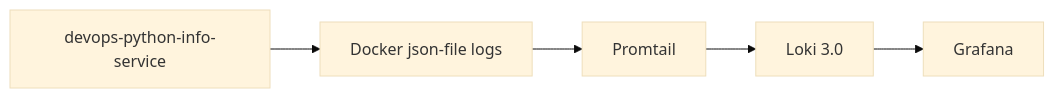
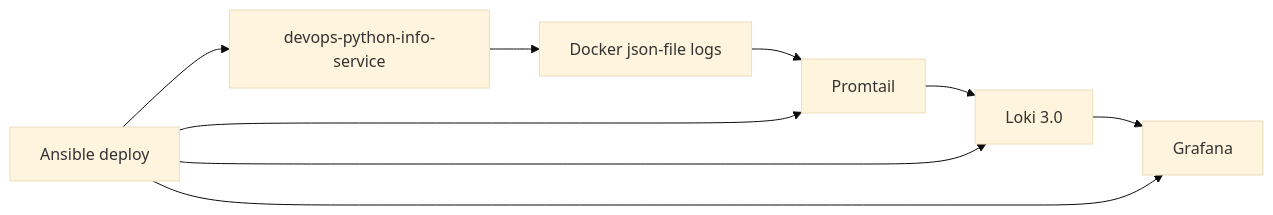
The diagram in monitor/docs/LAB07.md (iliyasone/S25-core-course-labs), drawn with Mermaid (base theme) before and after one commit. The commit also changed other lines of this file and 21 other files, not shown here.

Commit message:
feat: grafana ansible auto deploy

````diff
--- a/monitor/docs/LAB07.md
+++ b/monitor/docs/LAB07.md
@@ -7,7 +7,11 @@
 ```mermaid
 flowchart LR
   App[devops-python-info-service] --> Docker[Docker json-file logs]
   Docker --> Promtail[Promtail]
   Promtail --> Loki[Loki 3.0]
   Loki --> Grafana[Grafana]
+  Ansible[Ansible deploy] --> App
+  Ansible --> Loki
+  Ansible --> Promtail
+  Ansible --> Grafana
 ```
````
